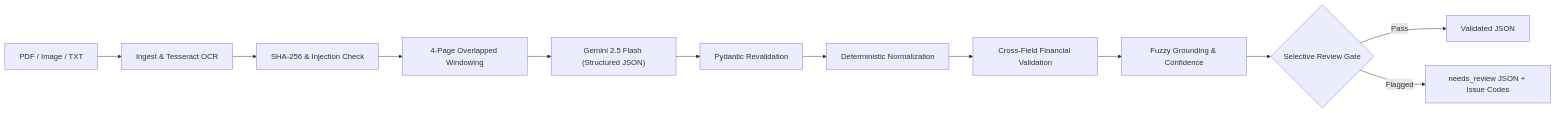
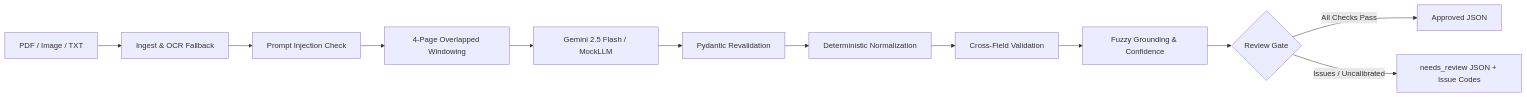
One commit to sultanriaz/change-order-extraction changed the diagram in README.md. Above: the diagram before and after it, drawn with Mermaid. The commit also changed other lines of this file and 12 other files, not shown here.

````diff
--- a/README.md
+++ b/README.md
@@ -65,14 +22,14 @@
 ```mermaid
 flowchart LR
-  A["PDF / Image / TXT"] --> B["Ingest & Tesseract OCR"]
-  B --> C["SHA-256 & Injection Check"]
-  C --> D["4-Page Overlapped Windowing"]
-  D --> E["Gemini 2.5 Flash (Structured JSON)"]
-  E --> F["Pydantic Revalidation"]
-  F --> G["Deterministic Normalization"]
-  G --> H["Cross-Field Financial Validation"]
-  H --> I["Fuzzy Grounding & Confidence"]
-  I --> J{"Selective Review Gate"}
-  J -->|Pass| K["Validated JSON"]
-  J -->|Flagged| L["needs_review JSON + Issue Codes"]
+    A["PDF / Image / TXT"] --> B["Ingest & OCR Fallback"]
+    B --> C["Prompt Injection Check"]
+    C --> D["4-Page Overlapped Windowing"]
+    D --> E["Gemini 2.5 Flash / MockLLM"]
+    E --> F["Pydantic Revalidation"]
+    F --> G["Deterministic Normalization"]
+    G --> H["Cross-Field Validation"]
+    H --> I["Fuzzy Grounding & Confidence"]
+    I --> J{"Review Gate"}
+    J -->|All Checks Pass| K["Approved JSON"]
+    J -->|Issues / Uncalibrated| L["needs_review JSON + Issue Codes"]
 ```
````
